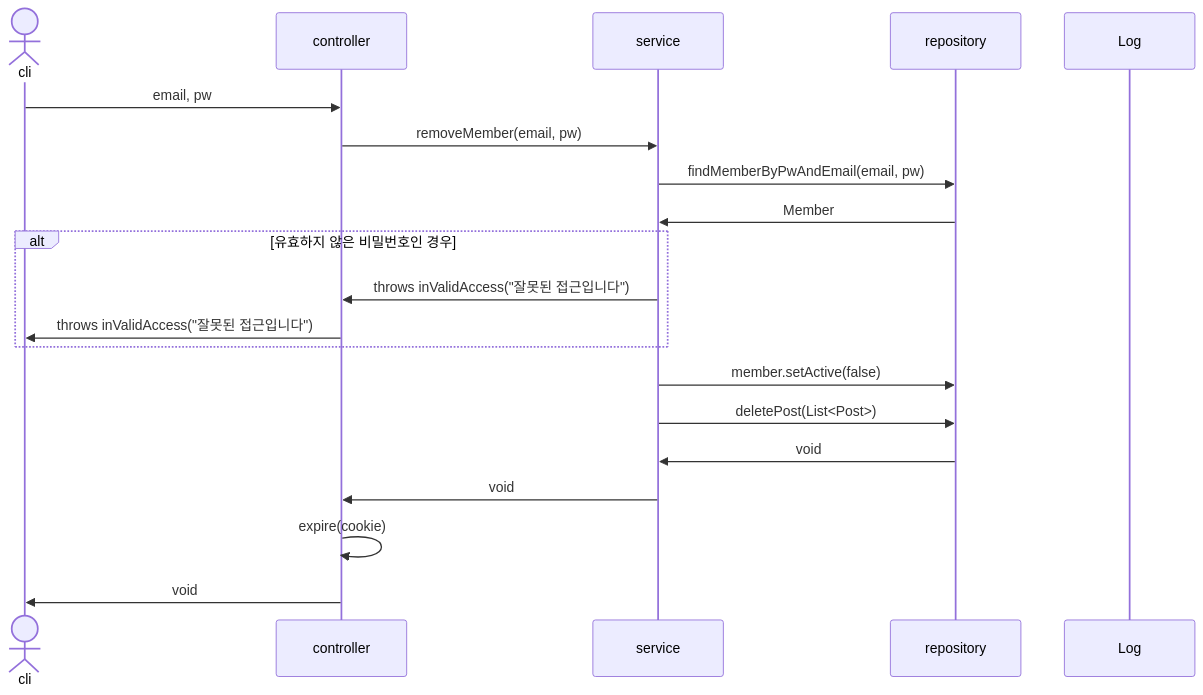
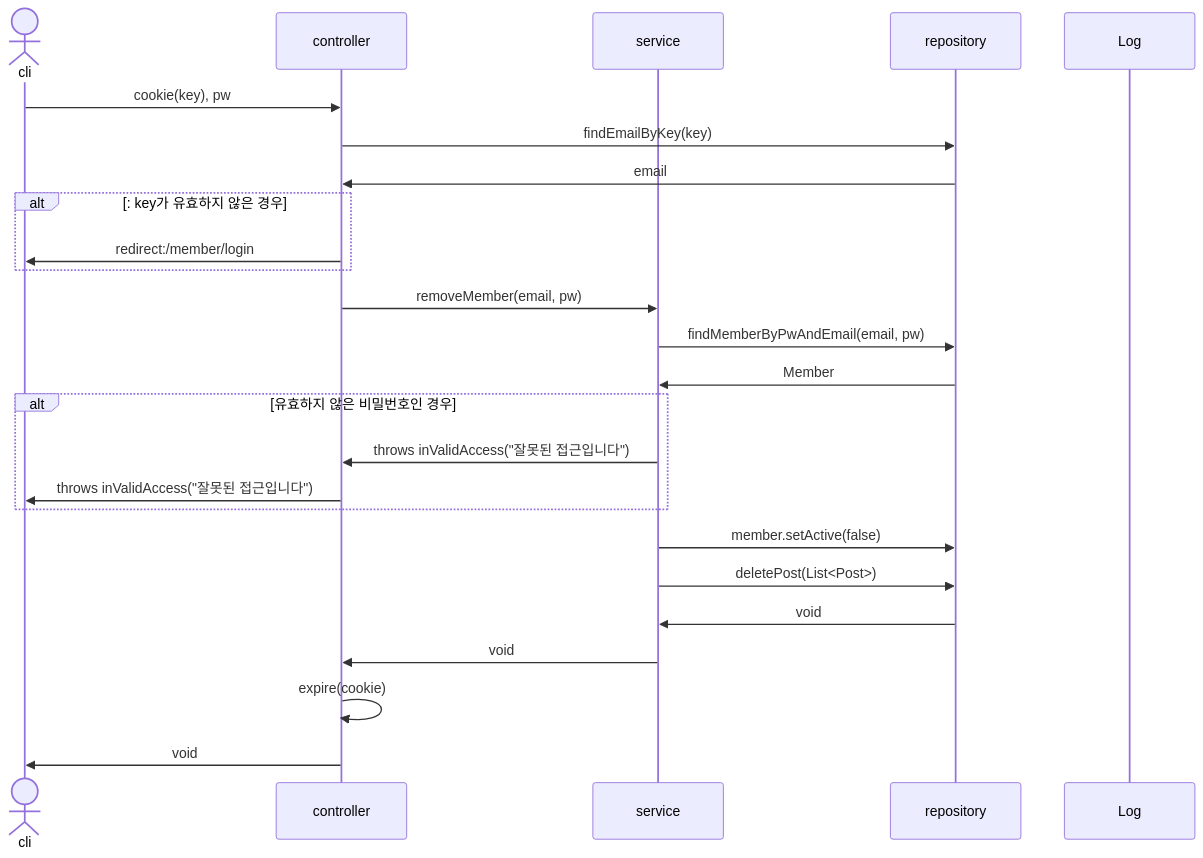
Before and after one commit to mtak0235/snsX: the fourth of 28 diagrams in sequence.md, drawn with Mermaid. The commit also changed other lines of this file, not shown here.

Commit message:
update deleteMember

````diff
--- a/sequence.md
+++ b/sequence.md
@@ -67,23 +67,28 @@
 ```mermaid
 sequenceDiagram
 actor cli
 participant c as controller
 participant s as service
 participant r as repository
 participant l as Log
 
-cli->>c: email, pw
+cli->>c: cookie(key), pw
+c->>r: findEmailByKey(key)
+r->>c: email
+alt: key가 유효하지 않은 경우
+c->>cli: redirect:/member/login
+end
 c->>s: removeMember(email, pw)
 s->>r: findMemberByPwAndEmail(email, pw)
 r->>s: Member
 alt 유효하지 않은 비밀번호인 경우
 s->>c: throws inValidAccess("잘못된 접근입니다")
 c->>cli: throws inValidAccess("잘못된 접근입니다")
 end
 s->>r: member.setActive(false)
 s->>r: deletePost(List<Post>)
 r->>s: void
 s->>c: void
 c->>c: expire(cookie)
 c->>cli: void
 ```
````
